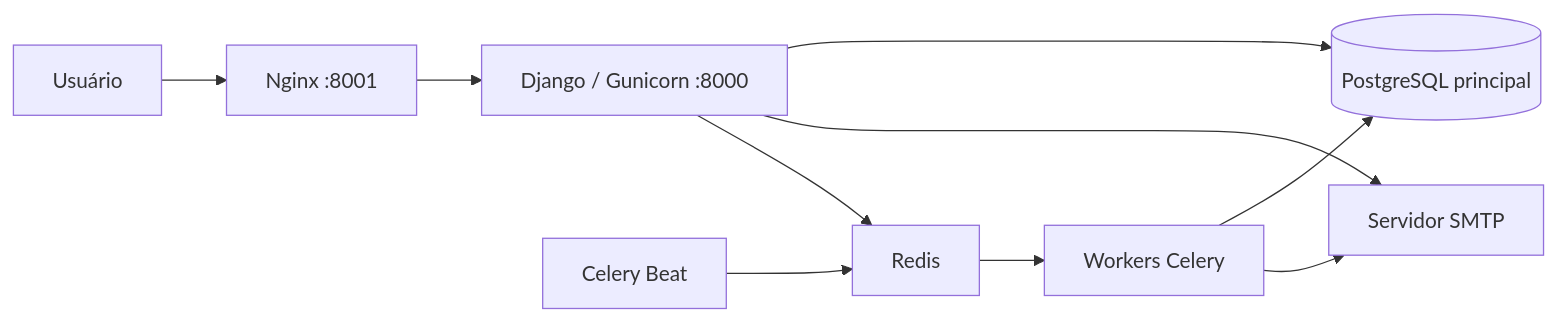
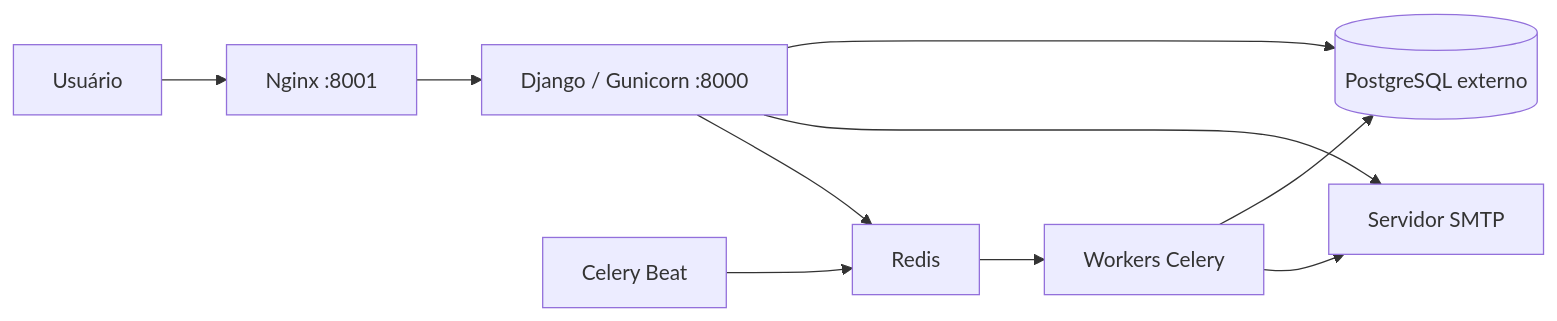
The diagram in docs/arquitetura/visao-geral.md (WylkerS/django-base), drawn with Mermaid before and after one commit. The commit also changed other lines of this file and 9 other files, not shown here.

Commit message:
docs: documenta o uso do PostgreSQL externo

````diff
--- a/docs/arquitetura/visao-geral.md
+++ b/docs/arquitetura/visao-geral.md
@@ -11,12 +11,12 @@
 ```mermaid
 flowchart LR
     U[Usuário] --> N[Nginx :8001]
     N --> D[Django / Gunicorn :8000]
-    D --> P[(PostgreSQL principal)]
+    D --> P[(PostgreSQL externo)]
     D --> E[Servidor SMTP]
     D --> B[Redis]
     B --> C[Workers Celery]
     C --> P
     C --> E
     F[Celery Beat] --> B
 ```
````
